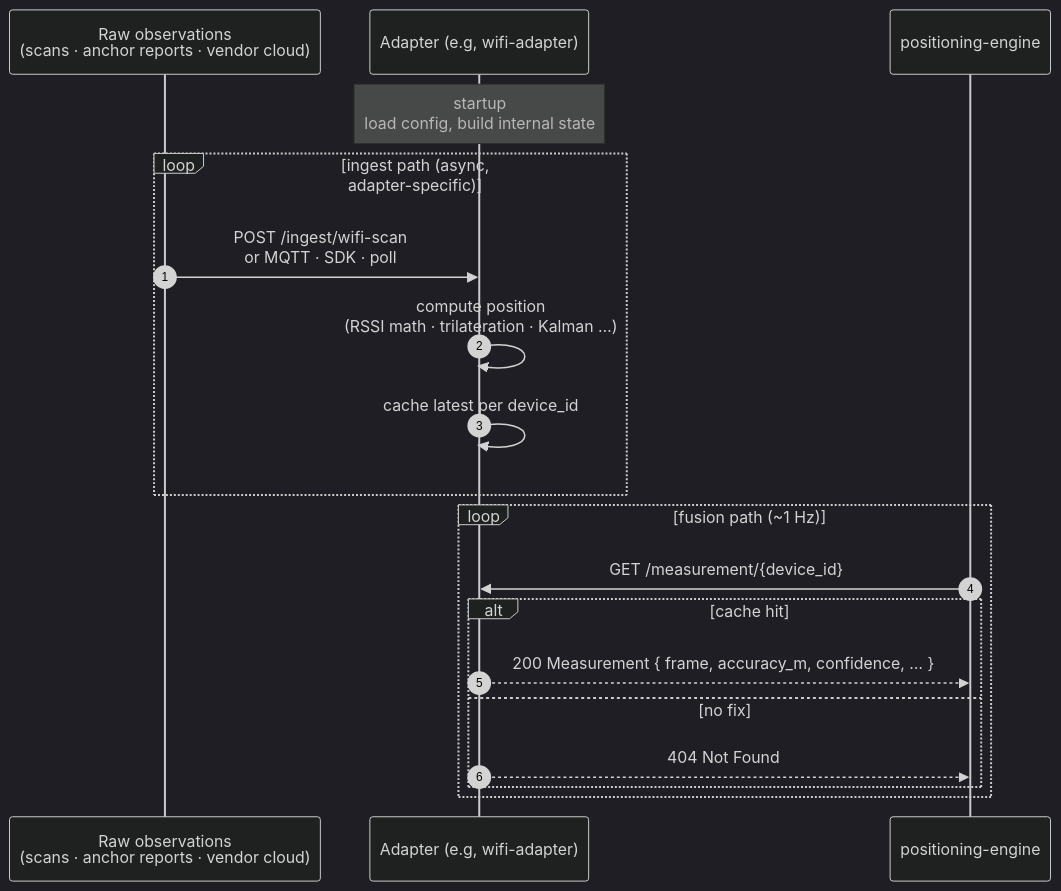
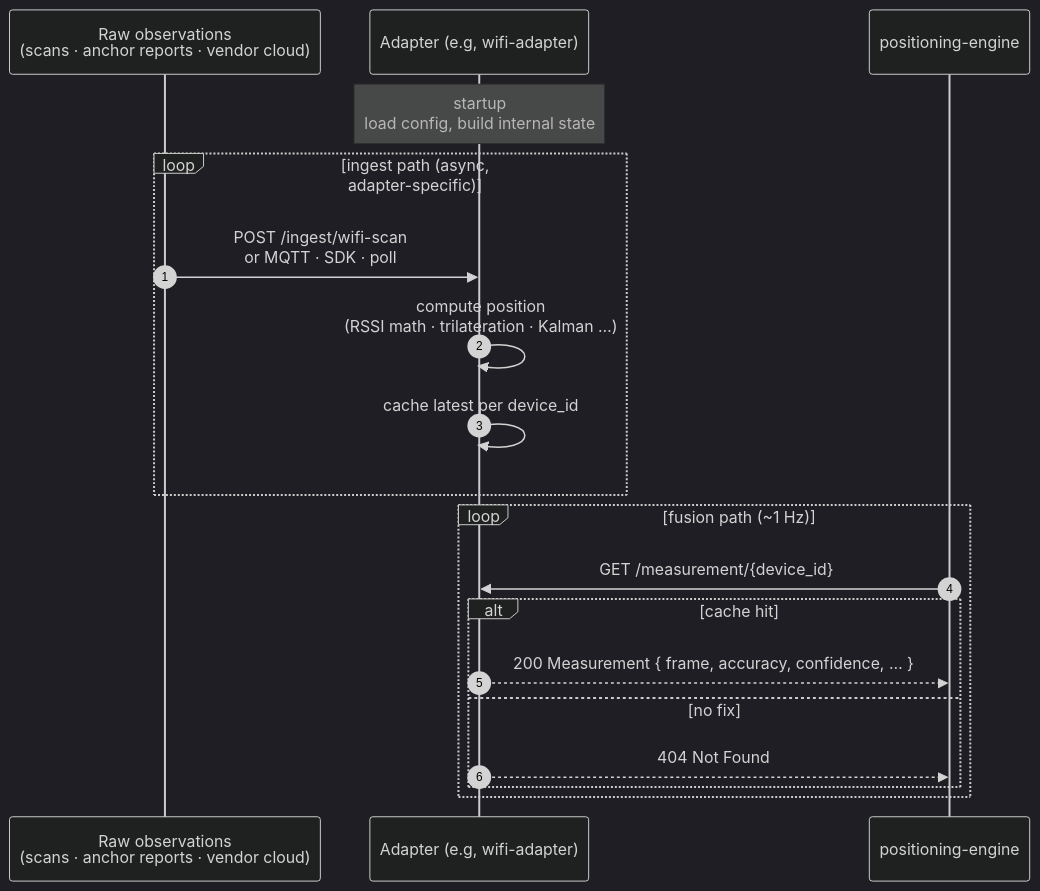
The first of 2 diagrams in docs/adapters.md (Jacobbista/5g-northbound), drawn with Mermaid (dark theme) before and after one commit. The commit also changed other lines of this file and 10 other files, not shown here.

First line of the commit message:
docs: rewrite the surface taxonomy and add the data flow

````diff
--- a/docs/adapters.md
+++ b/docs/adapters.md
@@ -127,22 +127,22 @@
 ```mermaid
 sequenceDiagram
   autonumber
   participant SRC as Raw observations<br/>(scans · anchor reports · vendor cloud)
   participant ADP as Adapter (e.g, wifi-adapter)
   participant ENG as positioning-engine
 
   Note over ADP: startup<br/>load config, build internal state
   loop ingest path (async, adapter-specific)
     SRC->>ADP: POST /ingest/wifi-scan<br/>or MQTT · SDK · poll
     ADP->>ADP: compute position<br/>(RSSI math · trilateration · Kalman …)
     ADP->>ADP: cache latest per device_id
   end
   loop fusion path (~1 Hz)
     ENG->>ADP: GET /measurement/{device_id}
     alt cache hit
-      ADP-->>ENG: 200 Measurement { frame, accuracy_m, confidence, … }
+      ADP-->>ENG: 200 Measurement { frame, accuracy, confidence, … }
     else no fix
       ADP-->>ENG: 404 Not Found
     end
   end
 ```
````
